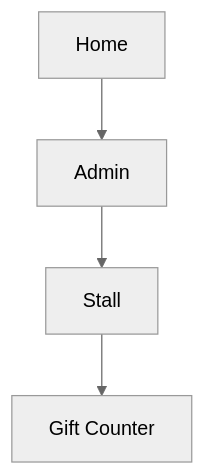
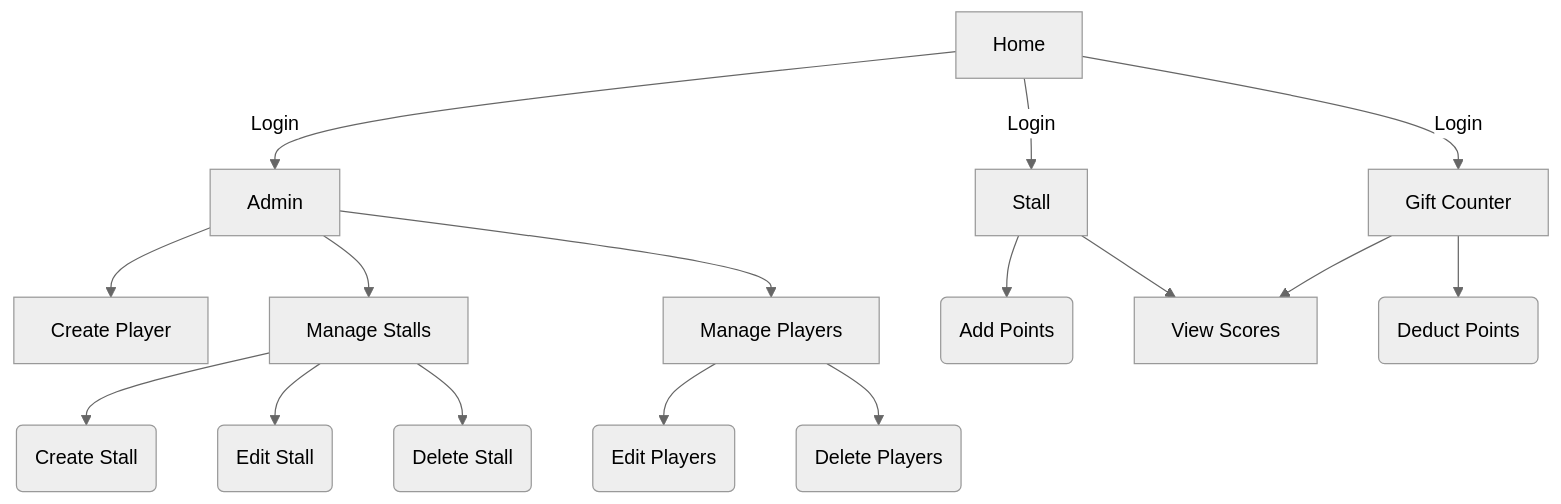
The diagram in README.md (PhilipGSanova/Harvest-Fest-WebApp-2025), drawn with Mermaid (neutral theme) before and after one commit.

````diff
--- a/README.md
+++ b/README.md
@@ -40,5 +40,22 @@
 ```mermaid
 flowchart TD
-  A[Home] --> B[Admin] --> C[Stall] --> D[Gift Counter]
+  A[Home] --> |Login| B[Admin]
+  A --> |Login| C[Stall]
+  A --> |Login| D[Gift Counter]
+  B --> E[Create Player]
+  B --> F[Manage Stalls]
+  B --> G[Manage Players]
+  F --> H(Create Stall)
+  F --> I(Edit Stall)
+  F --> J(Delete Stall)
+  G --> K(Edit Players)
+  G --> L(Delete Players)
+  C --> M(Add Points)
+  C --> N[View Scores]
+  D --> O(Deduct Points)
+  D --> N
+  
+  
+  
   
 ```
````
